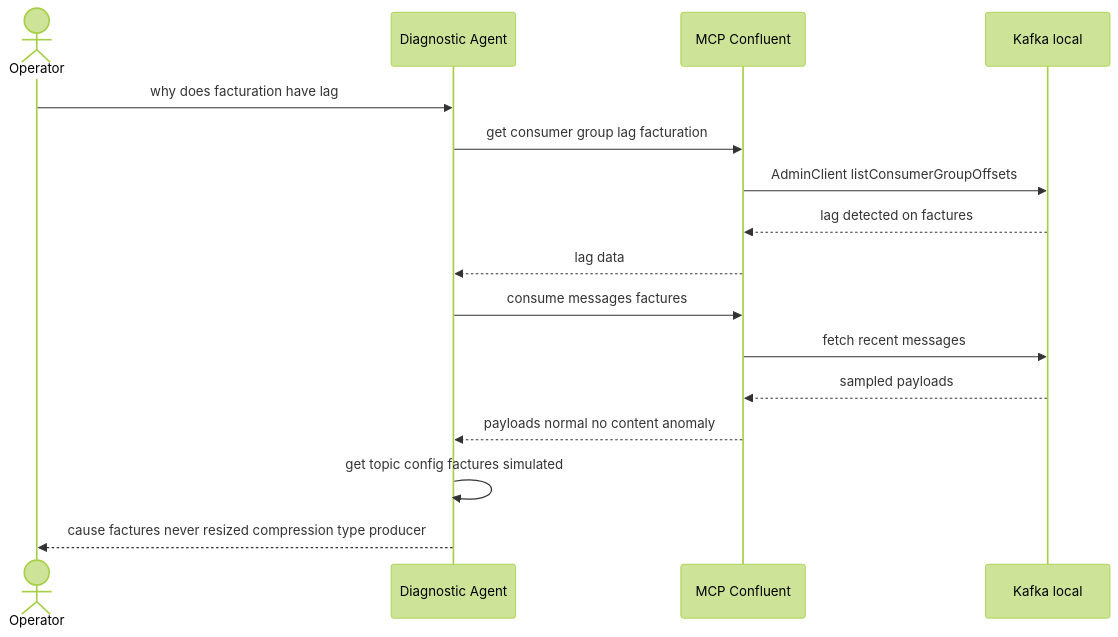
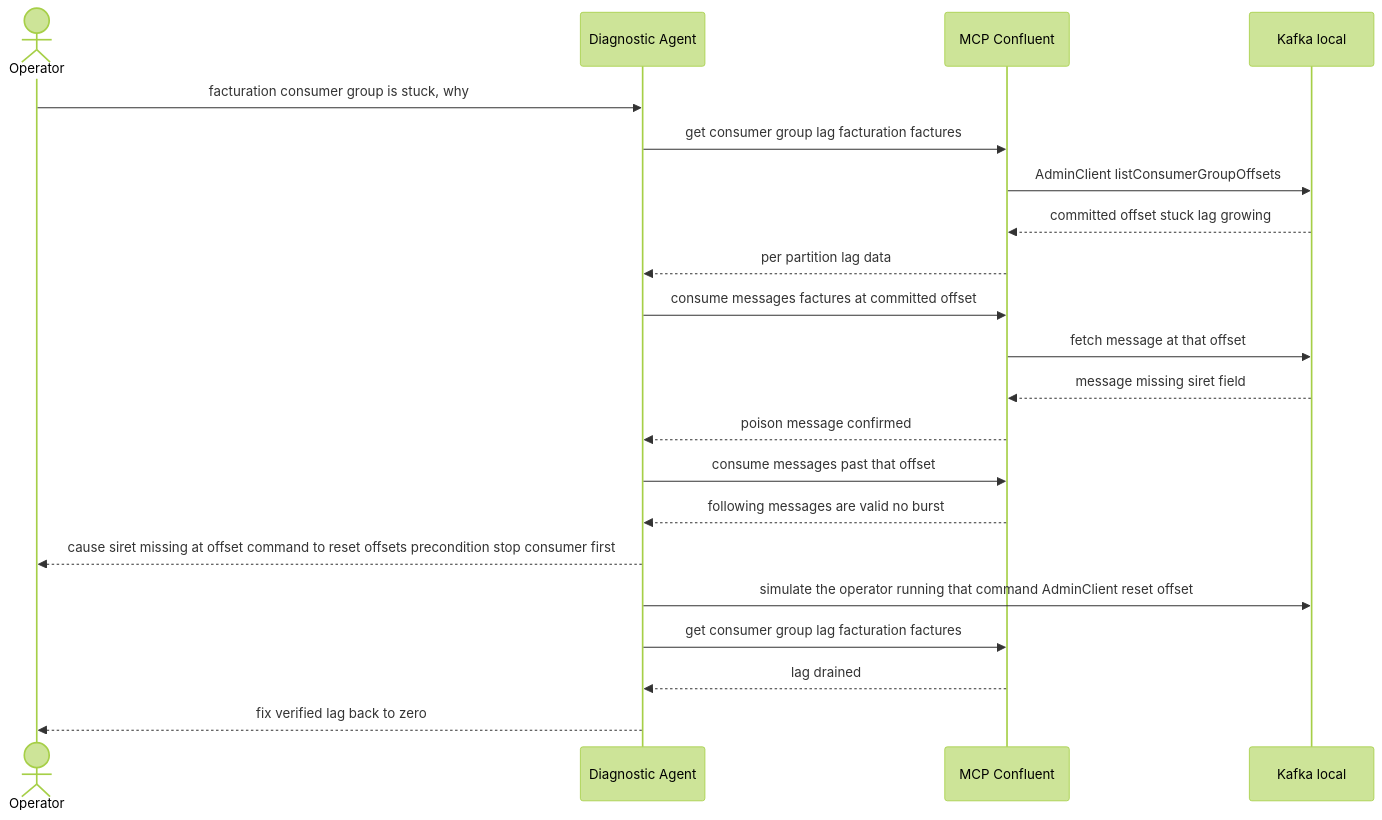
The second of 3 diagrams in README.md (arabaaoui/kafka-ops-agents), drawn with Mermaid (forest theme) before and after one commit. The commit also changed other lines of this file, not shown here.

Commit message:
refactor: poison message scenario + MCP officiel (3 commits squashed)

````diff
--- a/README.md
+++ b/README.md
@@ -40,19 +43,24 @@
 ```mermaid
 sequenceDiagram
     actor U as Operator
     participant D as Diagnostic Agent
     participant M as MCP Confluent
     participant K as Kafka local
 
-    U->>D: why does facturation have lag
-    D->>M: get consumer group lag facturation
+    U->>D: facturation consumer group is stuck, why
+    D->>M: get consumer group lag facturation factures
     M->>K: AdminClient listConsumerGroupOffsets
-    K-->>M: lag detected on factures
-    M-->>D: lag data
-    D->>M: consume messages factures
-    M->>K: fetch recent messages
-    K-->>M: sampled payloads
-    M-->>D: payloads normal no content anomaly
-    D->>D: get topic config factures simulated
-    D-->>U: cause factures never resized compression type producer
+    K-->>M: committed offset stuck lag growing
+    M-->>D: per partition lag data
+    D->>M: consume messages factures at committed offset
+    M->>K: fetch message at that offset
+    K-->>M: message missing siret field
+    M-->>D: poison message confirmed
+    D->>M: consume messages past that offset
+    M-->>D: following messages are valid no burst
+    D-->>U: cause siret missing at offset command to reset offsets precondition stop consumer first
+    D->>K: simulate the operator running that command AdminClient reset offset
+    D->>M: get consumer group lag facturation factures
+    M-->>D: lag drained
+    D-->>U: fix verified lag back to zero
 ```
````
